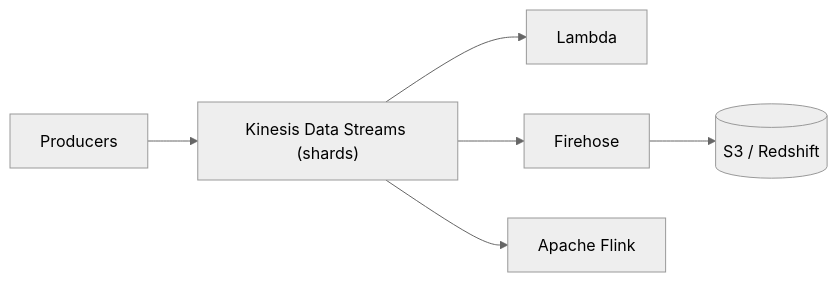
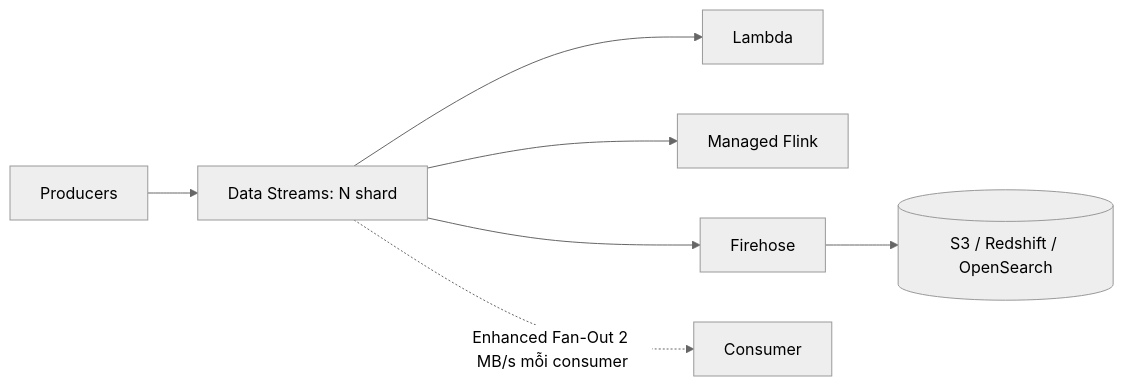
Before and after one commit to passion-Infinity/personal-tech-playbook: the diagram in src/assets/knowledge/playbooks/aws/kinesis-streaming.md, drawn with Mermaid (neutral theme). The commit also changed other lines of this file and 6 other files, not shown here.

First line of the commit message:
Deep-dive rewrite: API Gateway/Step Functions, Kinesis, data analytics, CloudFormation, Organizations, Well-Architected

````diff
--- a/src/assets/knowledge/playbooks/aws/kinesis-streaming.md
+++ b/src/assets/knowledge/playbooks/aws/kinesis-streaming.md
@@ -15,7 +31,9 @@
 ```mermaid
 flowchart LR
-    P[Producers] --> KDS["Kinesis Data Streams (shards)"]
+    P[Producers] --> KDS["Data Streams: N shard"]
     KDS --> L[Lambda]
-    KDS --> KDF["Firehose"] --> S3[("S3 / Redshift")]
-    KDS --> FL["Apache Flink"]
+    KDS --> FL["Managed Flink"]
+    KDS --> KDF[Firehose]
+    KDF --> S3[("S3 / Redshift / OpenSearch")]
+    KDS -.->|"Enhanced Fan-Out 2 MB/s mỗi consumer"| C[Consumer]
 ```
````
